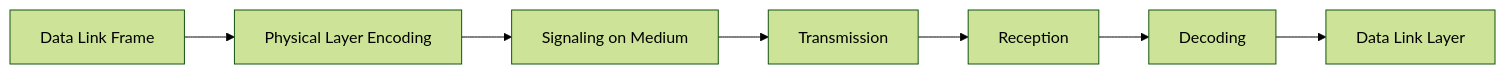
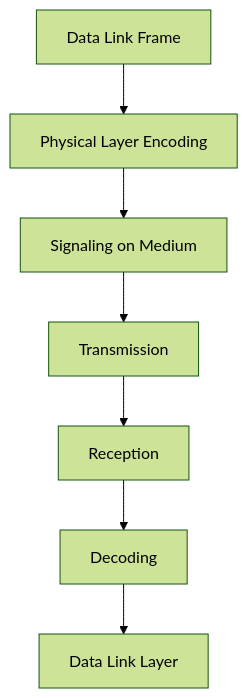
One commit to AhmedOsman101/Obsidian changed the diagram in src/College/yearTwo/secondTerm/CCNA/Lectures/Lecture-5.md. Above: the diagram before and after it, drawn with Mermaid (forest theme). The commit also changed 2 other files, not shown here.

Commit message:
Updated Files 2026-03-31@10:15PM

````diff
--- a/src/College/yearTwo/secondTerm/CCNA/Lectures/Lecture-5.md
+++ b/src/College/yearTwo/secondTerm/CCNA/Lectures/Lecture-5.md
@@ -217,9 +217,9 @@
 ```mermaid
-flowchart LR
+flowchart TD
 A[Data Link Frame] --> B[Physical Layer Encoding]
 B --> C[Signaling on Medium]
 C --> D[Transmission]
 D --> E[Reception]
 E --> F[Decoding]
 F --> G[Data Link Layer]
 ```
````
